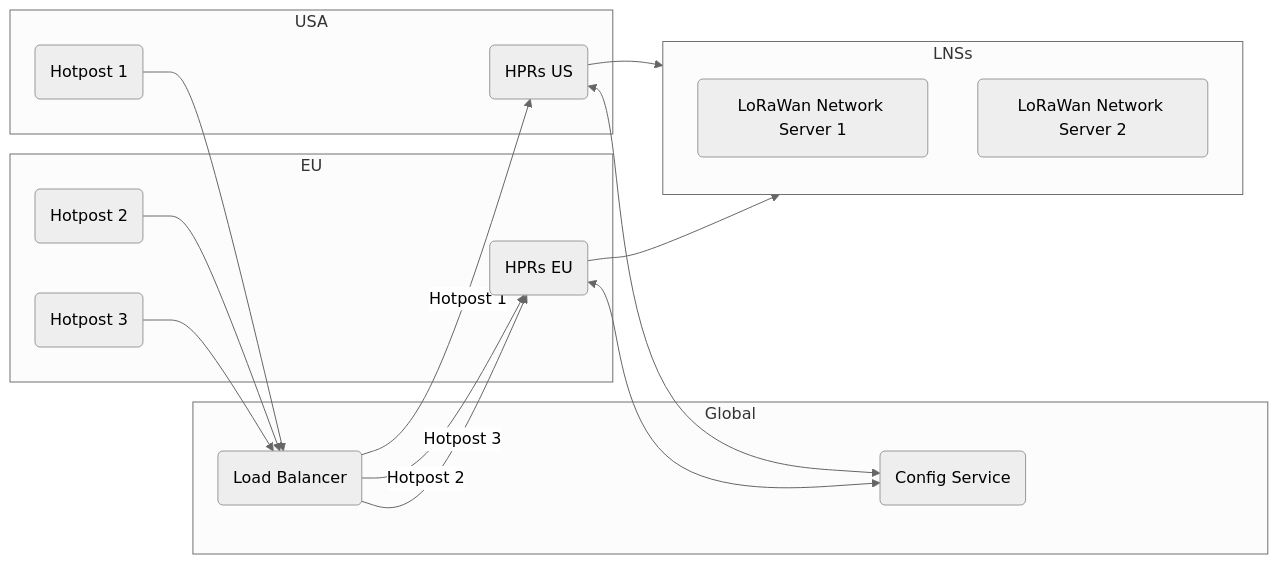
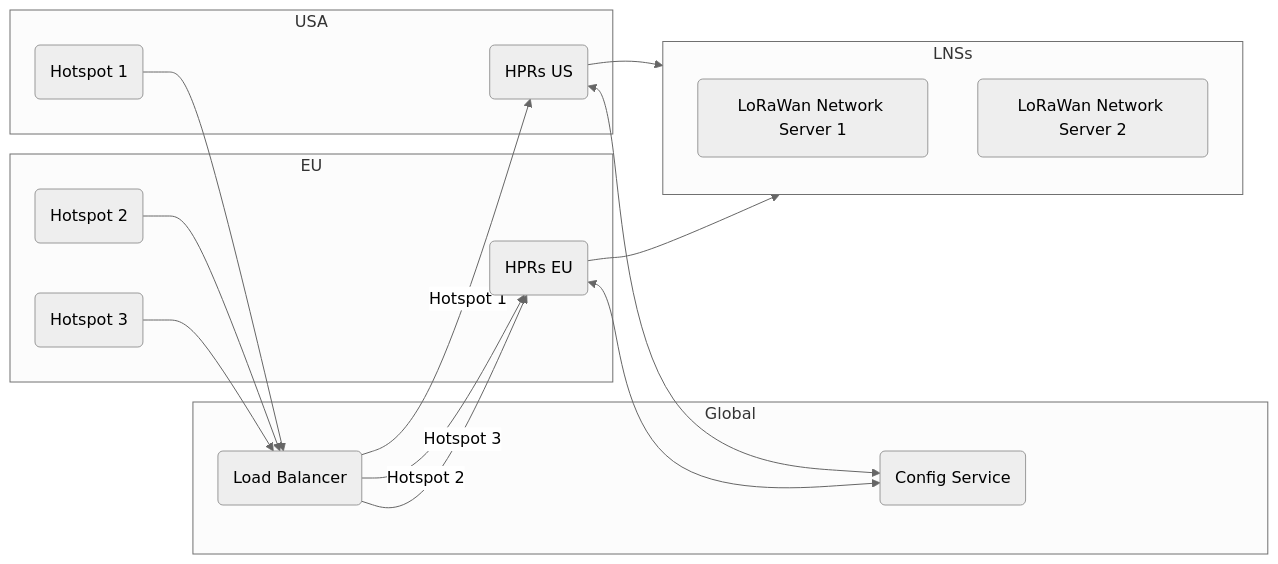
One commit to helium/helium-packet-router changed the first of 2 diagrams in docs/routing.md. Above: the diagram before and after it, drawn with Mermaid (neutral theme). The commit also changed other lines of this file, not shown here.

````diff
--- a/docs/routing.md
+++ b/docs/routing.md
@@ -11,32 +11,32 @@
 ```mermaid
 flowchart LR
     subgraph USA
-        H1(Hotpost 1)
+        H1(Hotspot 1)
         HPRUS(HPRs US)
     end
     subgraph EU
-        H2(Hotpost 2)
-        H3(Hotpost 3)
+        H2(Hotspot 2)
+        H3(Hotspot 3)
         HPREU(HPRs EU)
         HPREU(HPRs EU)
         
     end
     subgraph Global
         LB(Load Balancer)
         CS(Config Service)
     end
     subgraph LNSs
         LNS1(LoRaWan Network Server 1)
         LNS2(LoRaWan Network Server 2)
     end
     H1 --> LB
     H2 --> LB
     H3 --> LB
-    LB -->|Hotpost 1| HPRUS
-    LB -->|Hotpost 2| HPREU
-    LB -->|Hotpost 3| HPREU
+    LB -->|Hotspot 1| HPRUS
+    LB -->|Hotspot 2| HPREU
+    LB -->|Hotspot 3| HPREU
     HPRUS --> LNSs
     HPREU --> LNSs
     HPRUS <--> CS
     HPREU <--> CS
 ```
````
